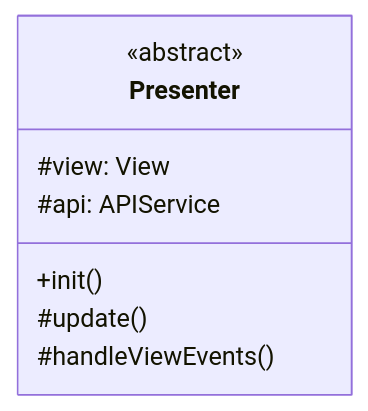
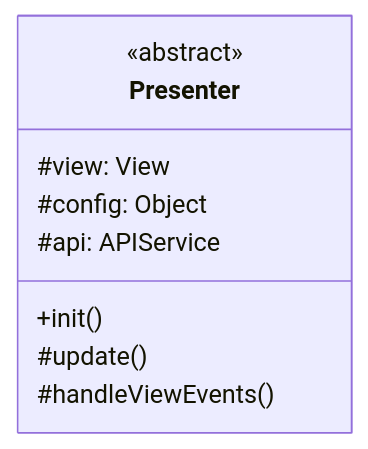
Before and after one commit to mb4dev/progetto-prova: the first of 3 diagrams in consegna docu/architettura_base/Presenter.md, drawn with Mermaid. The commit also changed 5 other files, not shown here.

````diff
--- a/consegna docu/architettura_base/Presenter.md
+++ b/consegna docu/architettura_base/Presenter.md
@@ -11,11 +11,12 @@
 ```mermaid
 classDiagram
 class Presenter {
     <<abstract>>
     #view: View
+    #config: Object
     #api: APIService
     +init() 
     #update()
     #handleViewEvents()
 }
 ```
````
